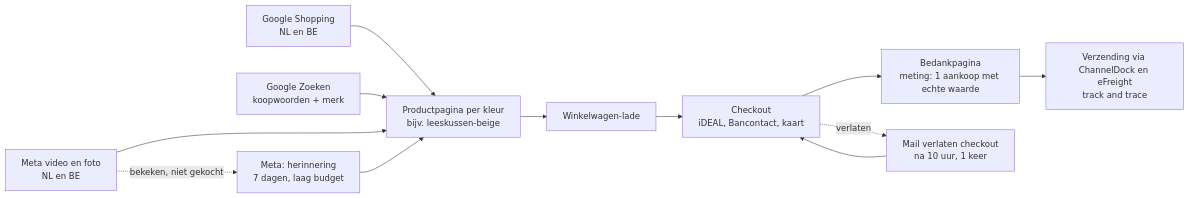
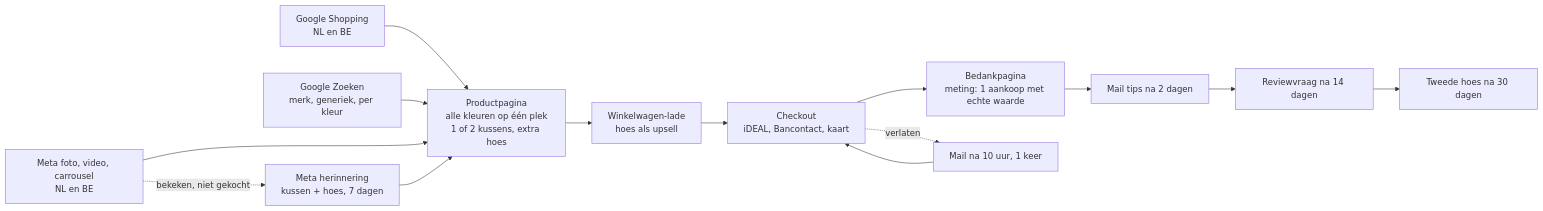
One commit to joost0070/n8napi changed the diagram in reports/Bline funnel en advertentieplan.md. Above: the diagram before and after it, drawn with Mermaid. The commit also changed other lines of this file and 27 other files, not shown here.

````diff
--- a/reports/Bline funnel en advertentieplan.md
+++ b/reports/Bline funnel en advertentieplan.md
@@ -11,14 +14,16 @@
 ```mermaid
 flowchart LR
   A[Google Shopping<br/>NL en BE] --> P
-  B[Google Zoeken<br/>koopwoorden + merk] --> P
-  C[Meta video en foto<br/>NL en BE] --> P
-  P[Productpagina per kleur<br/>bijv. leeskussen-beige] --> W[Winkelwagen-lade]
+  B[Google Zoeken<br/>merk, generiek, per kleur] --> P
+  C[Meta foto, video, carrousel<br/>NL en BE] --> P
+  P[Productpagina<br/>alle kleuren op één plek<br/>1 of 2 kussens, extra hoes] --> W[Winkelwagen-lade<br/>hoes als upsell]
   W --> K[Checkout<br/>iDEAL, Bancontact, kaart]
   K --> T[Bedankpagina<br/>meting: 1 aankoop met echte waarde]
-  K -.verlaten.-> M[Mail verlaten checkout<br/>na 10 uur, 1 keer]
-  M --> K
-  C -.bekeken, niet gekocht.-> R[Meta: herinnering<br/>7 dagen, laag budget]
+  K -.verlaten.-> M1[Mail na 10 uur, 1 keer]
+  M1 --> K
+  C -.bekeken, niet gekocht.-> R[Meta herinnering<br/>kussen + hoes, 7 dagen]
   R --> P
-  T --> V[Verzending via ChannelDock en eFreight<br/>track and trace]
+  T --> M2[Mail tips na 2 dagen]
+  M2 --> M3[Reviewvraag na 14 dagen]
+  M3 --> M4[Tweede hoes na 30 dagen]
 ```
````
